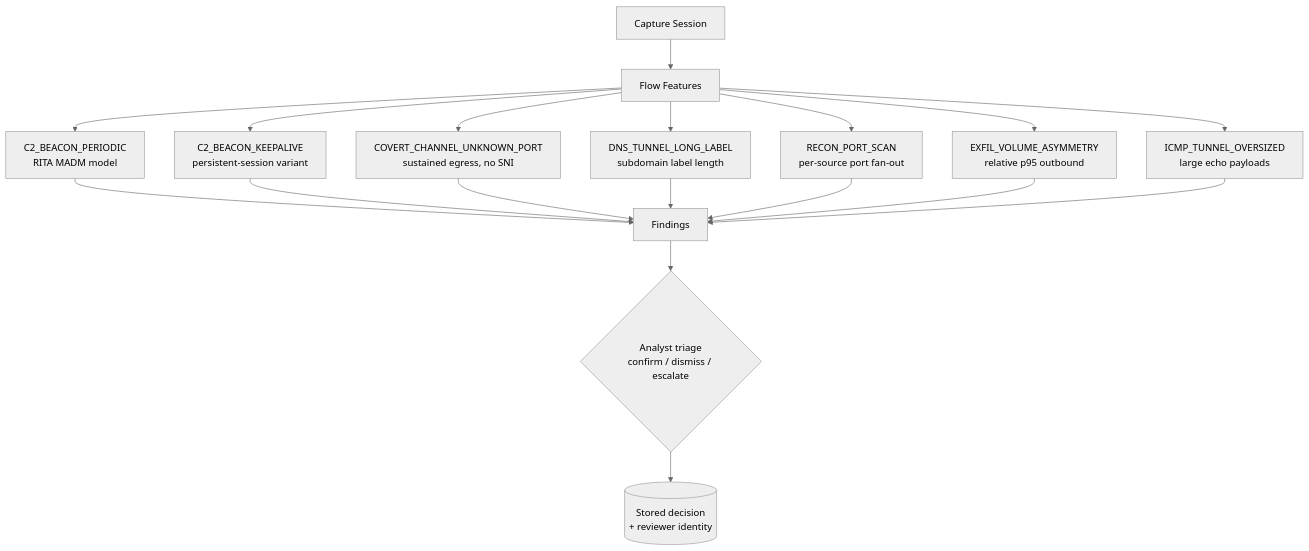
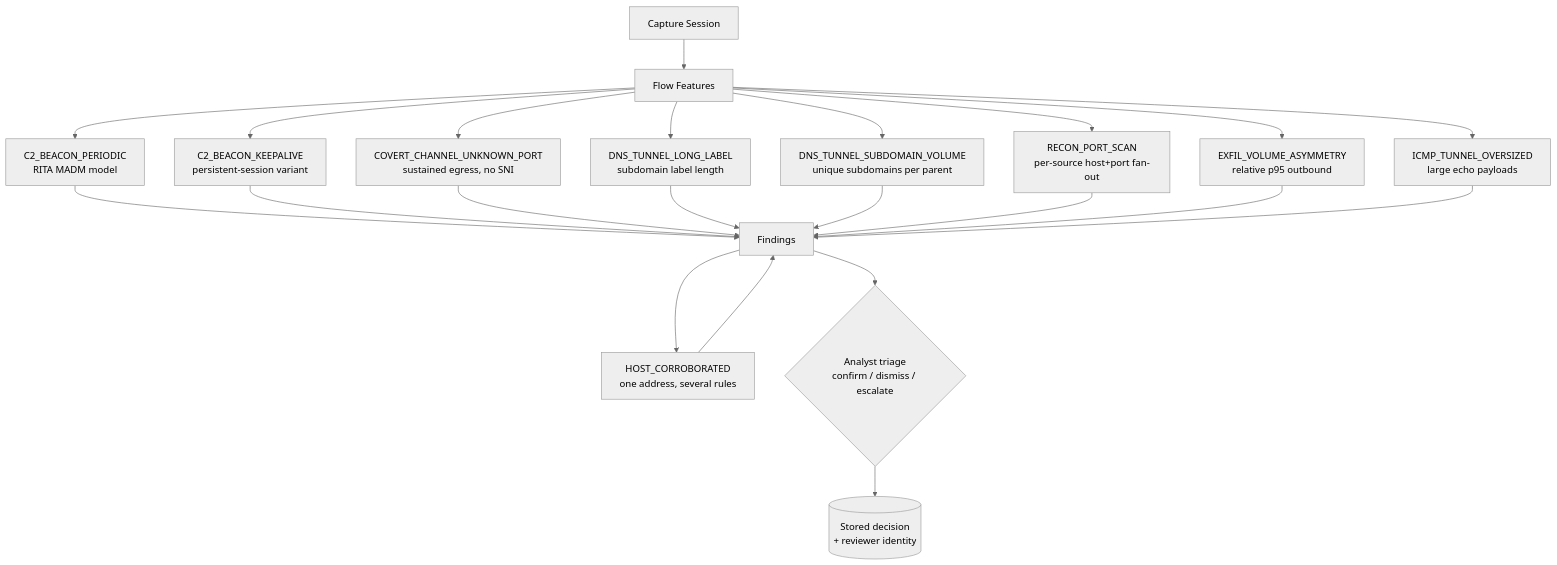
One commit to MuhammedZuhayr/NetForensiq changed the fourth of 5 diagrams in README.md. Above: the diagram before and after it, drawn with Mermaid (neutral theme). The commit also changed other lines of this file and 32 other files, not shown here.

````diff
--- a/README.md
+++ b/README.md
@@ -171,22 +238,27 @@
 ```mermaid
 flowchart TD
     S[Capture Session] --> A[Flow Features]
     A --> R1["C2_BEACON_PERIODIC<br/>RITA MADM model"]
     A --> R2["C2_BEACON_KEEPALIVE<br/>persistent-session variant"]
     A --> R3["COVERT_CHANNEL_UNKNOWN_PORT<br/>sustained egress, no SNI"]
     A --> R4["DNS_TUNNEL_LONG_LABEL<br/>subdomain label length"]
-    A --> R5["RECON_PORT_SCAN<br/>per-source port fan-out"]
-    A --> R6["EXFIL_VOLUME_ASYMMETRY<br/>relative p95 outbound"]
-    A --> R7["ICMP_TUNNEL_OVERSIZED<br/>large echo payloads"]
+    A --> R5["DNS_TUNNEL_SUBDOMAIN_VOLUME<br/>unique subdomains per parent"]
+    A --> R6["RECON_PORT_SCAN<br/>per-source host+port fan-out"]
+    A --> R7["EXFIL_VOLUME_ASYMMETRY<br/>relative p95 outbound"]
+    A --> R8["ICMP_TUNNEL_OVERSIZED<br/>large echo payloads"]
 
     R1 --> F[Findings]
     R2 --> F
     R3 --> F
     R4 --> F
     R5 --> F
     R6 --> F
     R7 --> F
+    R8 --> F
+
+    F --> X["HOST_CORROBORATED<br/>one address, several rules"]
+    X --> F
 
     F --> T{"Analyst triage<br/>confirm / dismiss / escalate"}
     T --> D[(Stored decision<br/>+ reviewer identity)]
 ```
````
